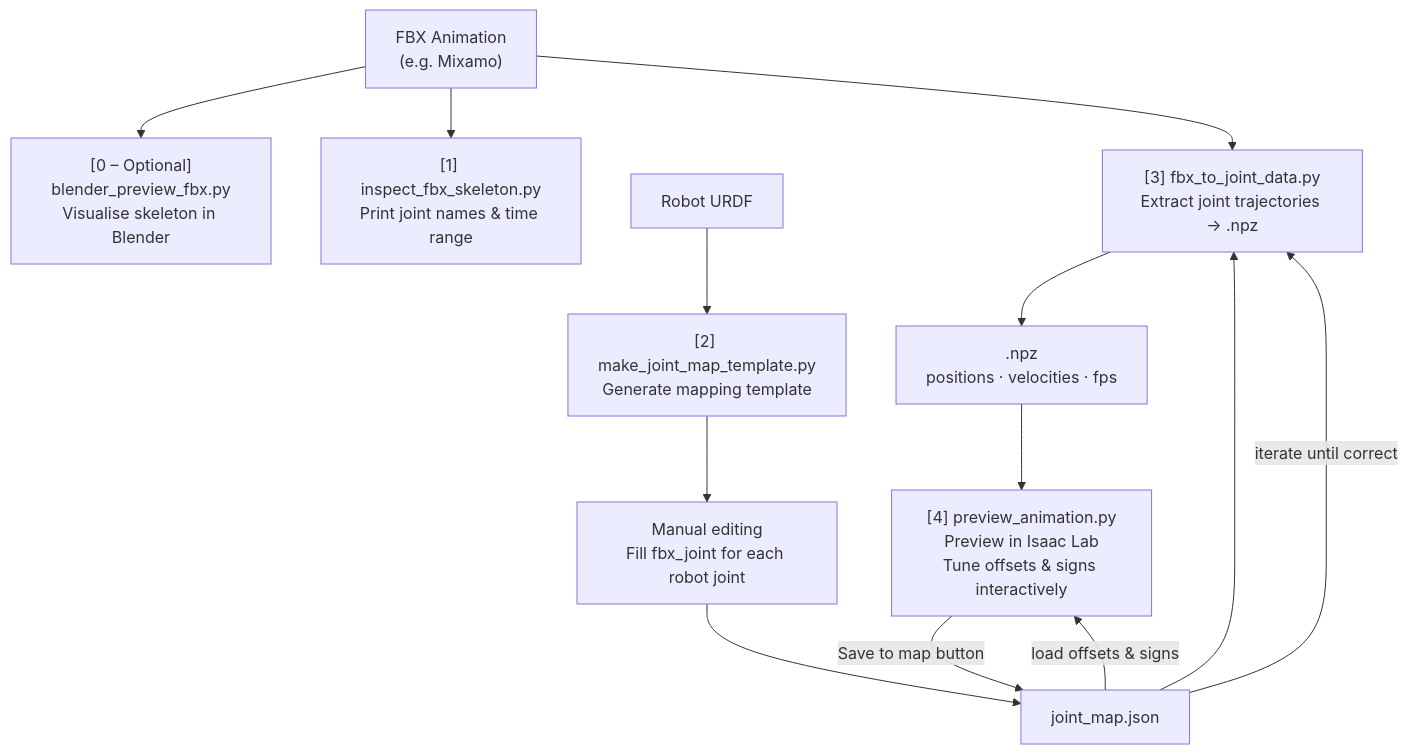
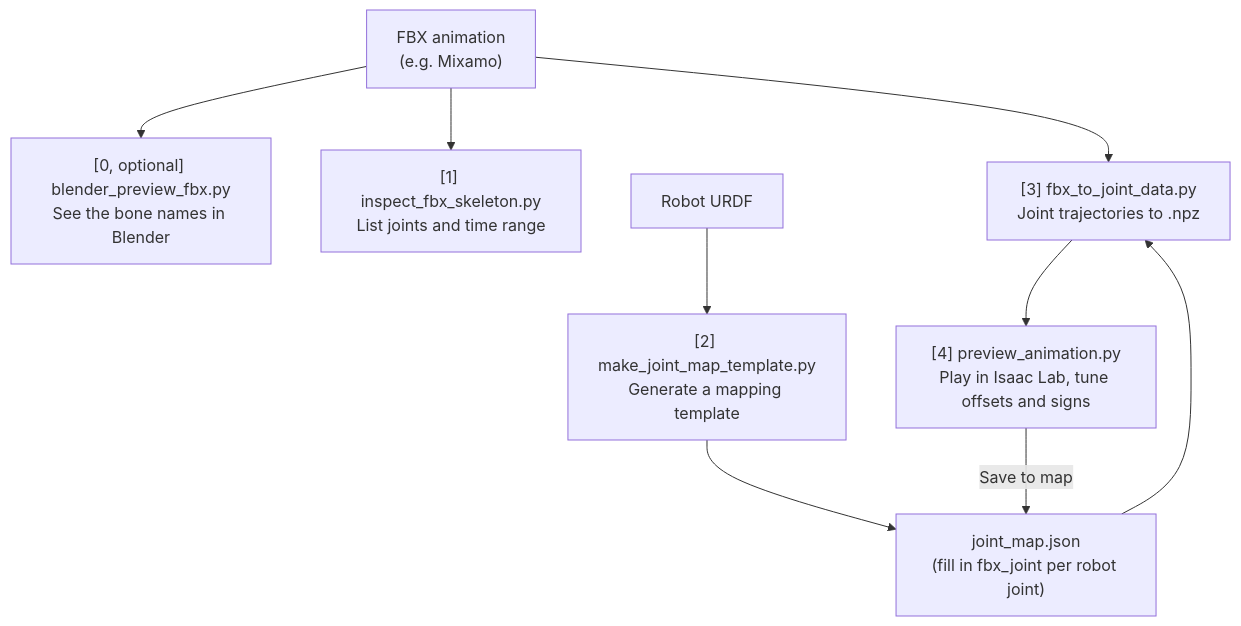
Before and after one commit to AsterisCrack/robot-motion-reference: the diagram in README.md, drawn with Mermaid. The commit also changed other lines of this file and 13 other files, not shown here.

````diff
--- a/README.md
+++ b/README.md
@@ -17,26 +60,18 @@
 ```mermaid
 flowchart TD
-    FBX["FBX Animation\n(e.g. Mixamo)"]
-    Blender["[0 – Optional]\nblender_preview_fbx.py\nVisualise skeleton in Blender"]
-    Inspect["[1] inspect_fbx_skeleton.py\nPrint joint names & time range"]
+    FBX["FBX animation<br/>(e.g. Mixamo)"]
+    Blender["[0, optional] blender_preview_fbx.py<br/>See the bone names in Blender"]
+    Inspect["[1] inspect_fbx_skeleton.py<br/>List joints and time range"]
     URDF["Robot URDF"]
-    Template["[2] make_joint_map_template.py\nGenerate mapping template"]
-    Edit["Manual editing\nFill fbx_joint for each robot joint"]
-    Map["joint_map.json"]
-    Extract["[3] fbx_to_joint_data.py\nExtract joint trajectories → .npz"]
-    NPZ[".npz\npositions · velocities · fps"]
-    Preview["[4] preview_animation.py\nPreview in Isaac Lab\nTune offsets & signs interactively"]
+    Template["[2] make_joint_map_template.py<br/>Generate a mapping template"]
+    Map["joint_map.json<br/>(fill in fbx_joint per robot joint)"]
+    Extract["[3] fbx_to_joint_data.py<br/>Joint trajectories to .npz"]
+    Preview["[4] preview_animation.py<br/>Play in Isaac Lab, tune offsets and signs"]
 
     FBX --> Blender
     FBX --> Inspect
-    URDF --> Template
-    Template --> Edit
-    Edit --> Map
-    Map --> Extract
+    URDF --> Template --> Map
     FBX --> Extract
-    Extract --> NPZ
-    NPZ --> Preview
-    Map -->|"load offsets & signs"| Preview
-    Preview -->|"Save to map button"| Map
-    Map -->|"iterate until correct"| Extract
+    Map --> Extract --> Preview
+    Preview -->|"Save to map"| Map
 ```
````
